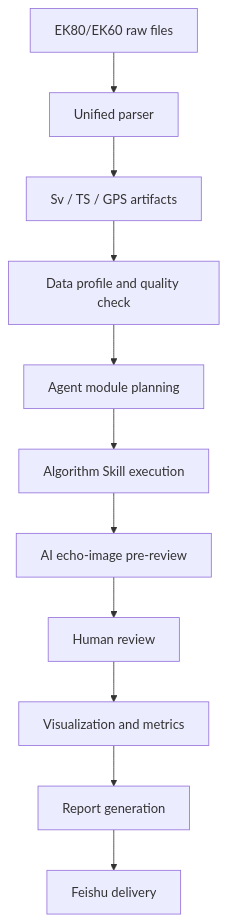
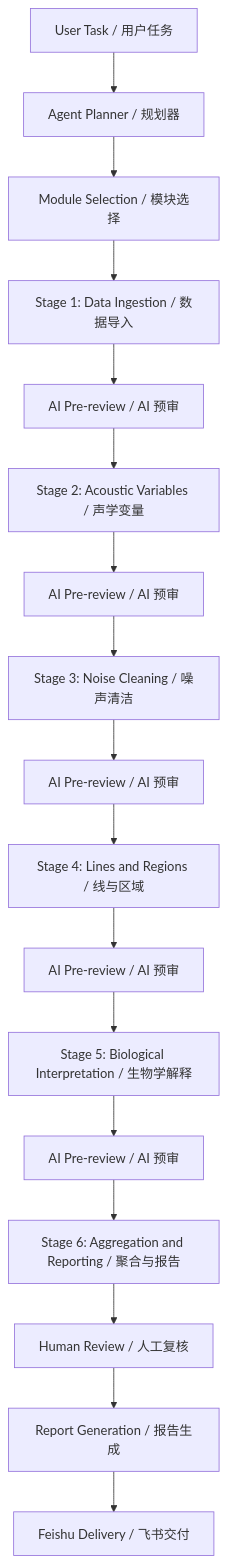
Before and after one commit to Chouner/domain-ai-portfolio: the first of 2 diagrams in projects/03-sonar-data-processing-automation/README.md, drawn with Mermaid. The commit also changed other lines of this file and 18 other files, not shown here.

First line of the commit message:
Enhance portfolio: bilingual STAR rewrites + methodology + architecture diagrams

````diff
--- a/projects/03-sonar-data-processing-automation/README.md
+++ b/projects/03-sonar-data-processing-automation/README.md
@@ -15,13 +123,19 @@
 ```mermaid
 flowchart TD
-    A["EK80/EK60 raw files"] --> B["Unified parser"]
-    B --> C["Sv / TS / GPS artifacts"]
-    C --> D["Data profile and quality check"]
-    D --> E["Agent module planning"]
-    E --> F["Algorithm Skill execution"]
-    F --> G["AI echo-image pre-review"]
-    G --> H["Human review"]
-    H --> I["Visualization and metrics"]
-    I --> J["Report generation"]
-    J --> K["Feishu delivery"]
+    U["User Task / 用户任务"] --> AP["Agent Planner / 规划器"]
+    AP --> MS["Module Selection / 模块选择"]
+    MS --> S1["Stage 1: Data Ingestion / 数据导入"]
+    S1 --> G1["AI Pre-review / AI 预审"]
+    G1 --> S2["Stage 2: Acoustic Variables / 声学变量"]
+    S2 --> G2["AI Pre-review / AI 预审"]
+    G2 --> S3["Stage 3: Noise Cleaning / 噪声清洁"]
+    S3 --> G3["AI Pre-review / AI 预审"]
+    G3 --> S4["Stage 4: Lines and Regions / 线与区域"]
+    S4 --> G4["AI Pre-review / AI 预审"]
+    G4 --> S5["Stage 5: Biological Interpretation / 生物学解释"]
+    S5 --> G5["AI Pre-review / AI 预审"]
+    G5 --> S6["Stage 6: Aggregation and Reporting / 聚合与报告"]
+    S6 --> HR["Human Review / 人工复核"]
+    HR --> RG["Report Generation / 报告生成"]
+    RG --> FD["Feishu Delivery / 飞书交付"]
 ```
````
